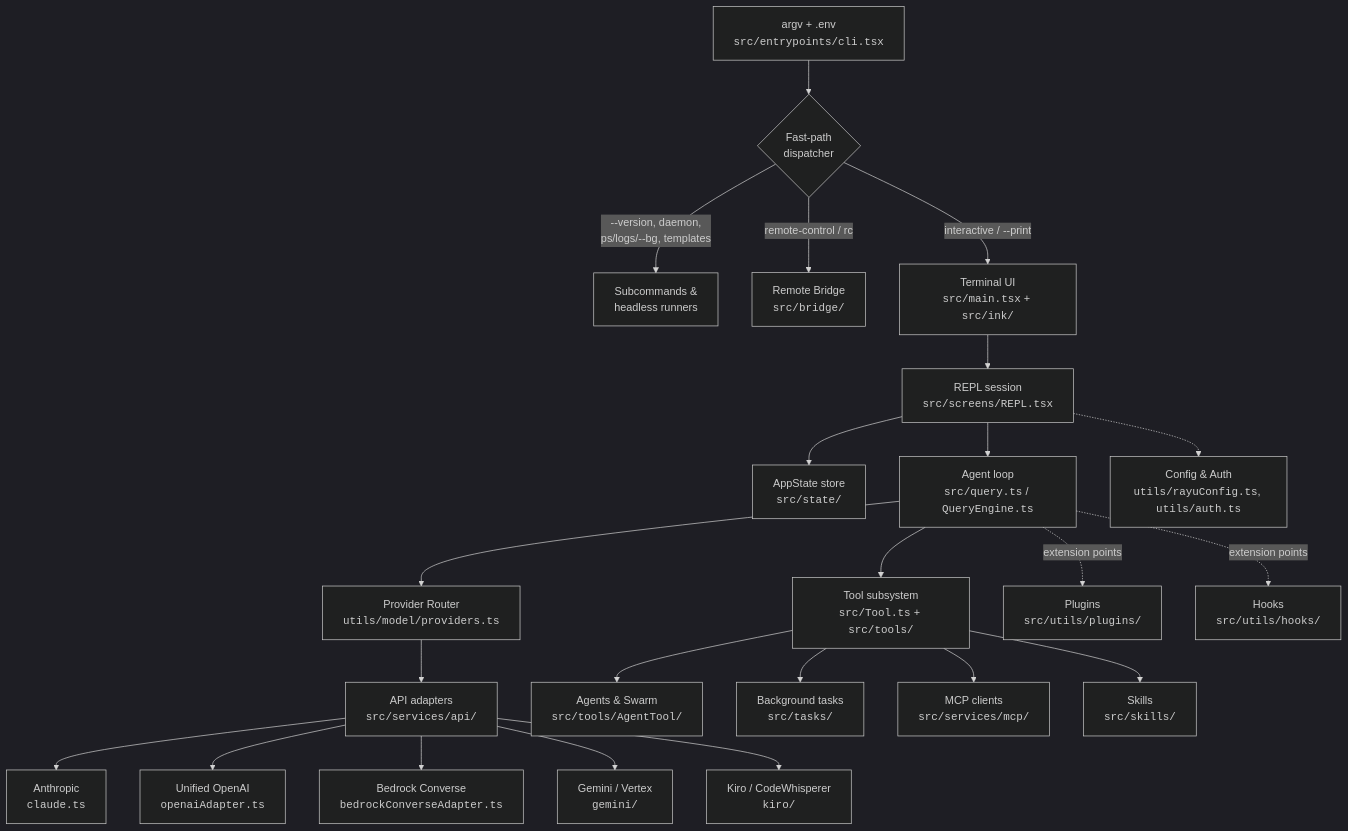
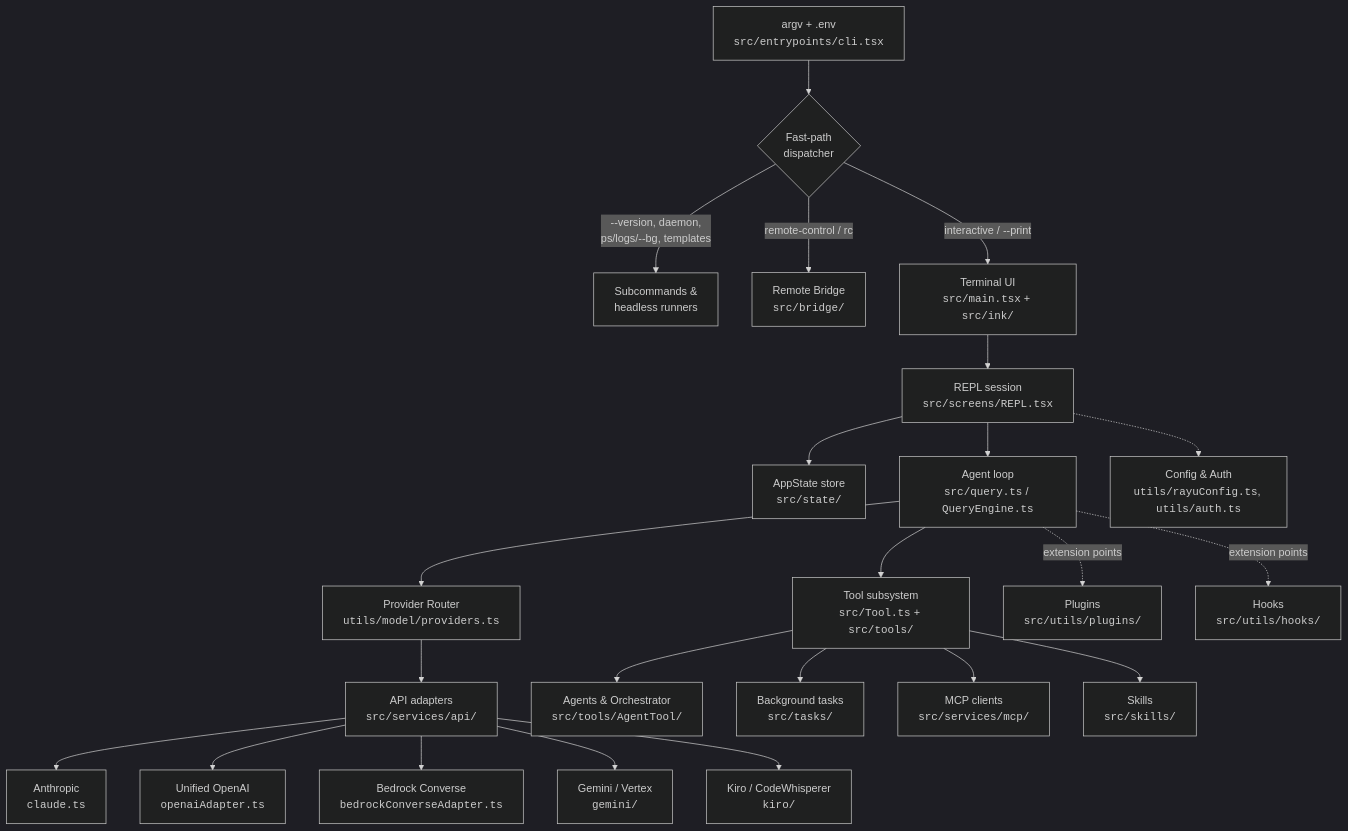
Before and after one commit to Choeng-Rayu/rayu-cli: the first of 11 diagrams in rayu/architecture/ARCHITECTURE.md, drawn with Mermaid (dark theme). The commit also changed other lines of this file and 114 other files, not shown here.

````diff
--- a/rayu/architecture/ARCHITECTURE.md
+++ b/rayu/architecture/ARCHITECTURE.md
@@ -35,31 +35,31 @@
 ```mermaid
 graph TD
     ARGV["argv + .env<br><code>src/entrypoints/cli.tsx</code>"] --> FAST{"Fast-path<br>dispatcher"}
 
     FAST -->|"--version, daemon,<br>ps/logs/--bg, templates"| SUB["Subcommands &<br>headless runners"]
     FAST -->|"remote-control / rc"| BRIDGE["Remote Bridge<br><code>src/bridge/</code>"]
     FAST -->|"interactive / --print"| TUI["Terminal UI<br><code>src/main.tsx</code> + <code>src/ink/</code>"]
 
     TUI --> REPL["REPL session<br><code>src/screens/REPL.tsx</code>"]
     REPL --> STATE["AppState store<br><code>src/state/</code>"]
     REPL --> LOOP["Agent loop<br><code>src/query.ts</code> / <code>QueryEngine.ts</code>"]
 
     LOOP --> ROUTER["Provider Router<br><code>utils/model/providers.ts</code>"]
     LOOP --> TOOLS["Tool subsystem<br><code>src/Tool.ts</code> + <code>src/tools/</code>"]
 
     ROUTER --> ADP["API adapters<br><code>src/services/api/</code>"]
     ADP --> ANTH["Anthropic<br><code>claude.ts</code>"]
     ADP --> OAI["Unified OpenAI<br><code>openaiAdapter.ts</code>"]
     ADP --> CONV["Bedrock Converse<br><code>bedrockConverseAdapter.ts</code>"]
     ADP --> GEM["Gemini / Vertex<br><code>gemini/</code>"]
     ADP --> KIRO["Kiro / CodeWhisperer<br><code>kiro/</code>"]
 
-    TOOLS --> AGENTS["Agents & Swarm<br><code>src/tools/AgentTool/</code>"]
+    TOOLS --> AGENTS["Agents & Orchestrator<br><code>src/tools/AgentTool/</code>"]
     TOOLS --> TASKS["Background tasks<br><code>src/tasks/</code>"]
     TOOLS --> MCP["MCP clients<br><code>src/services/mcp/</code>"]
     TOOLS --> SKILLS["Skills<br><code>src/skills/</code>"]
 
     LOOP -.->|extension points| PLUGINS["Plugins<br><code>src/utils/plugins/</code>"]
     LOOP -.->|extension points| HOOKS["Hooks<br><code>src/utils/hooks/</code>"]
     REPL -.-> CONFIG["Config & Auth<br><code>utils/rayuConfig.ts</code>, <code>utils/auth.ts</code>"]
 ```
````
